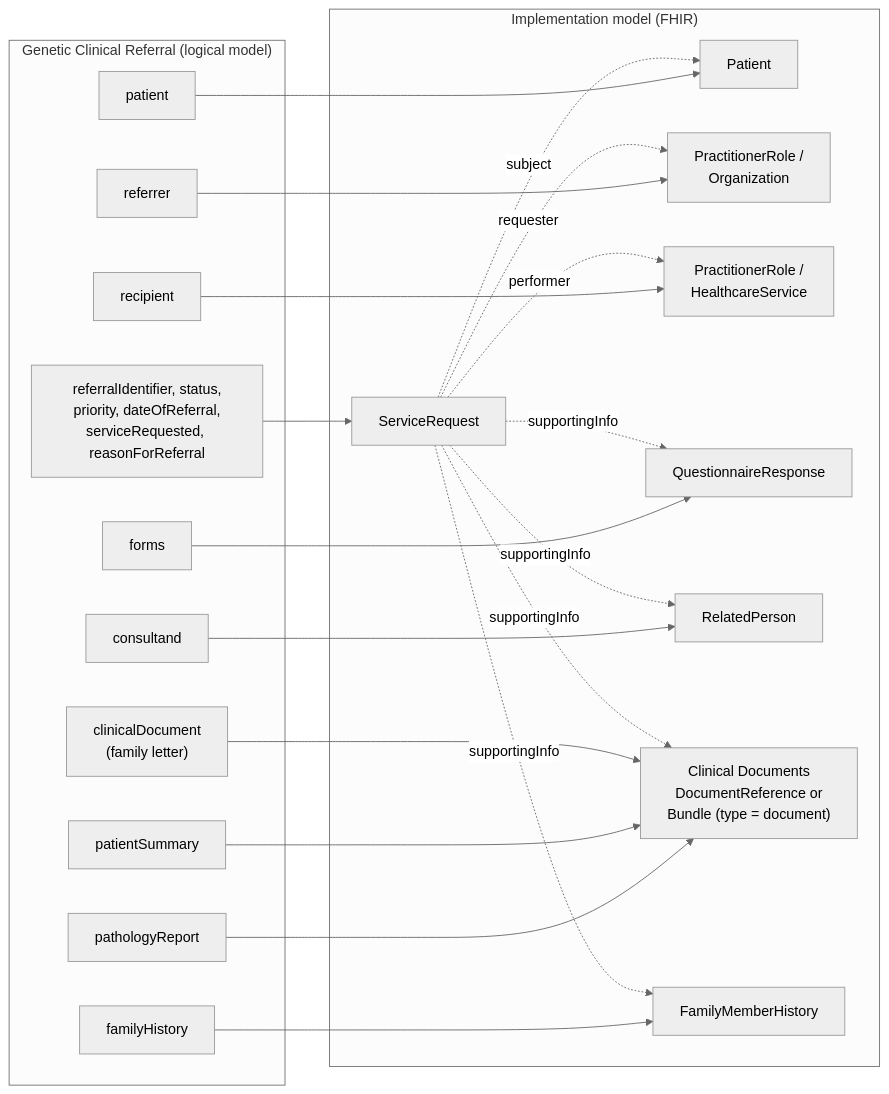
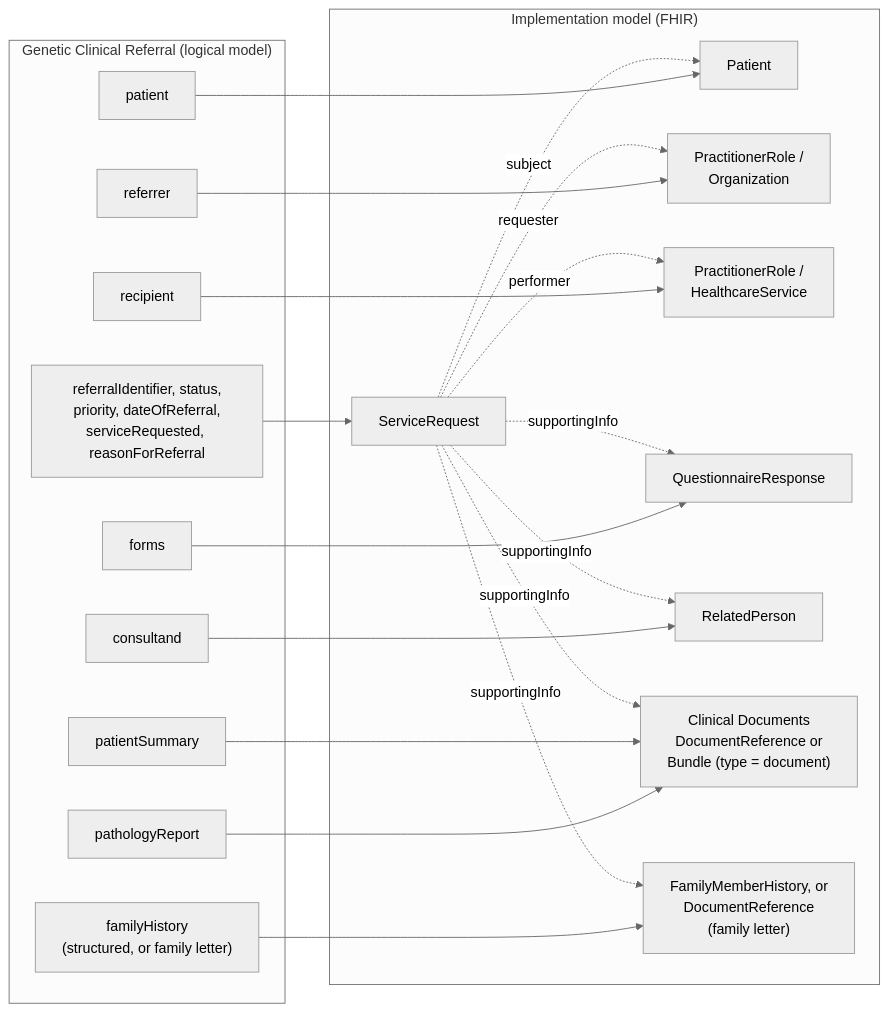
The first of 3 diagrams in input/pagecontent/StructureDefinition-GeneticClinicalReferral-notes.md (nw-gmsa/nw-gmsa.github.com), drawn with Mermaid (neutral theme) before and after one commit. The commit also changed other lines of this file and 15 other files, not shown here.

````diff
--- a/input/pagecontent/StructureDefinition-GeneticClinicalReferral-notes.md
+++ b/input/pagecontent/StructureDefinition-GeneticClinicalReferral-notes.md
@@ -8,45 +8,43 @@
 ```mermaid
 flowchart LR
     subgraph LM["Genetic Clinical Referral (logical model)"]
         LID["referralIdentifier, status,<br/>priority, dateOfReferral,<br/>serviceRequested, reasonForReferral"]
         LP["patient"]
         LRF["referrer"]
         LRC["recipient"]
         LF["forms"]
         LC["consultand"]
         LPR["pathologyReport"]
         LPS["patientSummary"]
-        LCD["clinicalDocument<br/>(family letter)"]
-        LFH["familyHistory"]
+        LFH["familyHistory<br/>(structured, or family letter)"]
     end
 
     subgraph IM["Implementation model (FHIR)"]
         SR["ServiceRequest"]
         PAT["Patient"]
         PR["PractitionerRole /<br/>Organization"]
         HS["PractitionerRole /<br/>HealthcareService"]
         QR["QuestionnaireResponse"]
         RP["RelatedPerson"]
         DOC["Clinical Documents<br/>DocumentReference or<br/>Bundle (type = document)"]
-        FMH["FamilyMemberHistory"]
+        FMH["FamilyMemberHistory, or<br/>DocumentReference<br/>(family letter)"]
     end
 
     LID --> SR
     LP --> PAT
     LRF --> PR
     LRC --> HS
     LF --> QR
     LC --> RP
     LPR --> DOC
     LPS --> DOC
-    LCD --> DOC
     LFH --> FMH
 
     SR -. subject .-> PAT
     SR -. requester .-> PR
     SR -. performer .-> HS
     SR -. supportingInfo .-> QR
     SR -. supportingInfo .-> RP
     SR -. supportingInfo .-> DOC
     SR -. supportingInfo .-> FMH
 ```
````
